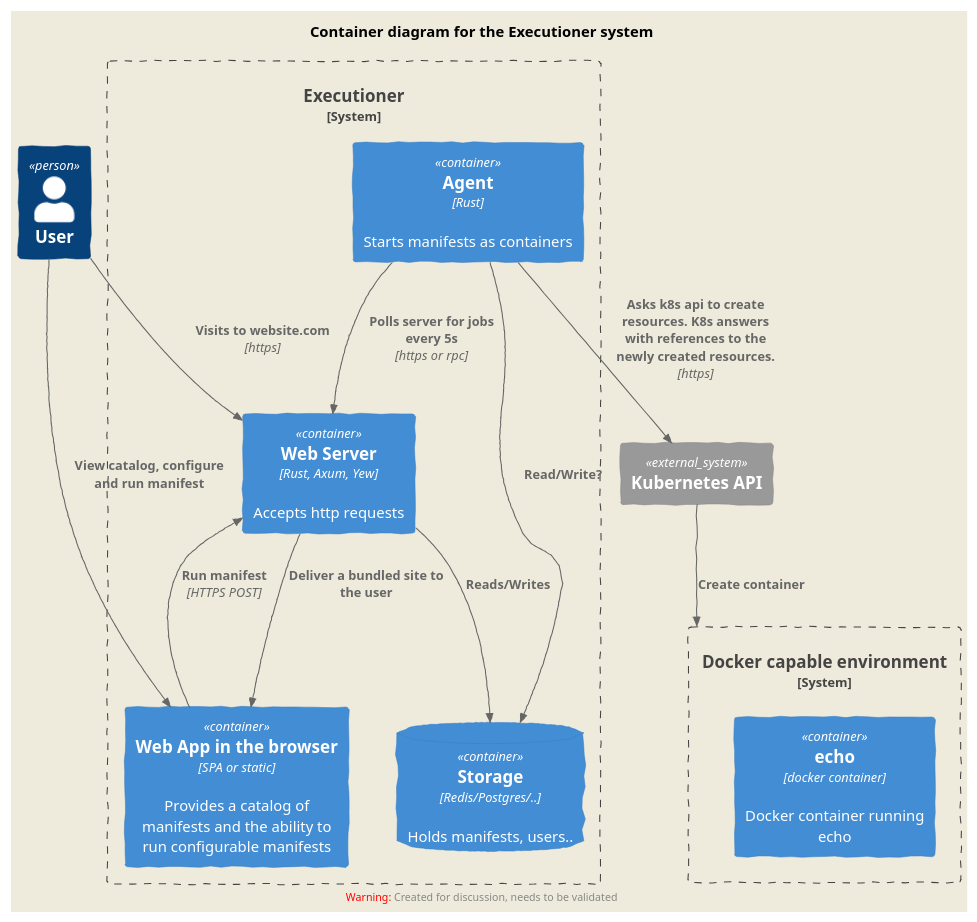
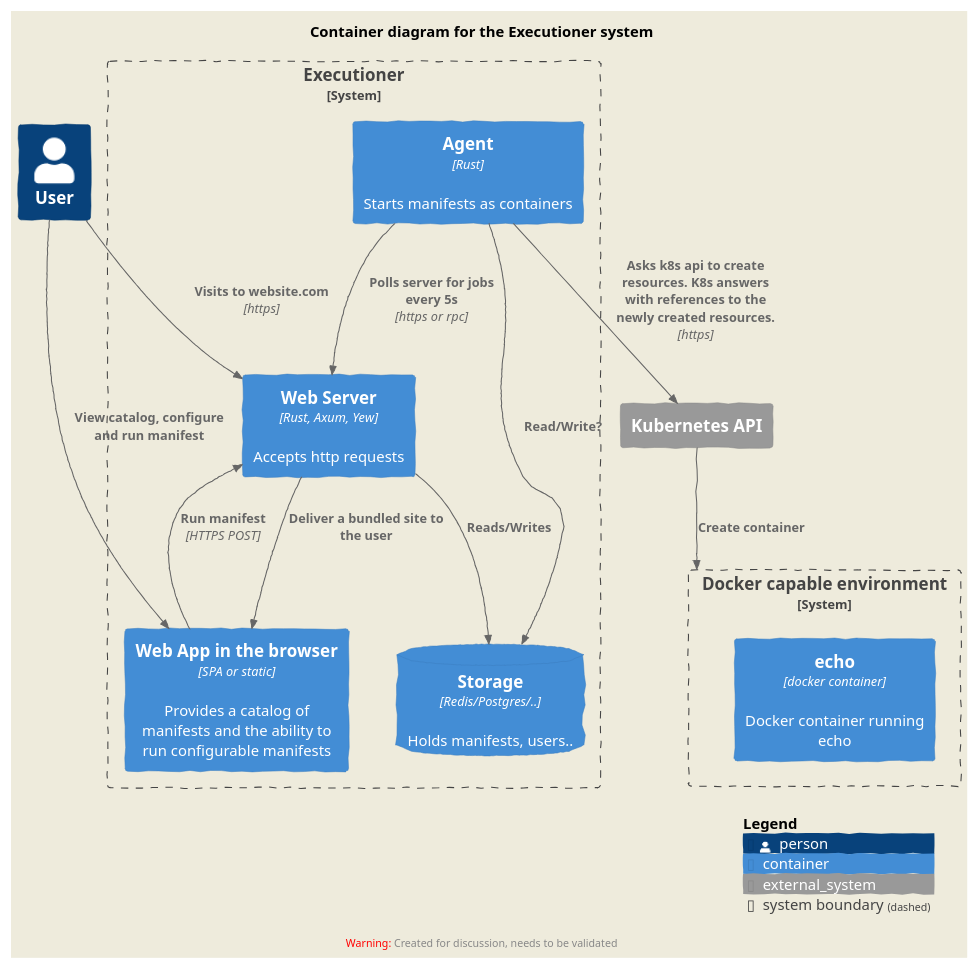
One commit to tmcheung/Executioner changed the diagram in docs/C4_plantuml/container.puml. Above: the diagram before and after it, drawn with PlantUML. The commit also changed 1 other file, not shown here.

Commit message:
Add LEGEND to context and container diagram

```diff
--- a/docs/C4_plantuml/container.puml
+++ b/docs/C4_plantuml/container.puml
@@ -1,29 +1,30 @@
 @startuml
 !include <C4/C4_Container>
     LAYOUT_AS_SKETCH()
     title Container diagram for the Executioner system
     Person(user, "User")
 
     System_Boundary(c1, "Executioner") {
         Container(web_server, "Web Server", "Rust, Axum, Yew", "Accepts http requests")
         Container(web_app, "Web App in the browser", "SPA or static", "Provides a catalog of manifests and the ability to run configurable manifests")
         Container(agent, "Agent", "Rust", "Starts manifests as containers")
         ContainerDb(database, "Storage", "Redis/Postgres/..", "Holds manifests, users..")
     }
 
     System_Boundary(c2, "Docker capable environment") {
         Container(docker_container1, "echo", "docker container", "Docker container running echo")
     }
 
     System_Ext(k8s, "Kubernetes API", "")
 
     Rel(user, web_server, "Visits to website.com", "https")
     Rel(web_server, database, "Reads/Writes")
     Rel(web_server, web_app, "Deliver a bundled site to the user")
     Rel(web_app, web_server, "Run manifest", "HTTPS POST")
     Rel(user, web_app, "View catalog, configure and run manifest")
     Rel(agent, web_server, "Polls server for jobs every 5s", "https or rpc")
     Rel(agent, k8s, "Asks k8s api to create resources. K8s answers with references to the newly created resources.", "https")
     Rel(agent, database, "Read/Write?")
     Rel(k8s, c2, "Create container")
+    SHOW_LEGEND()
 @enduml
```
